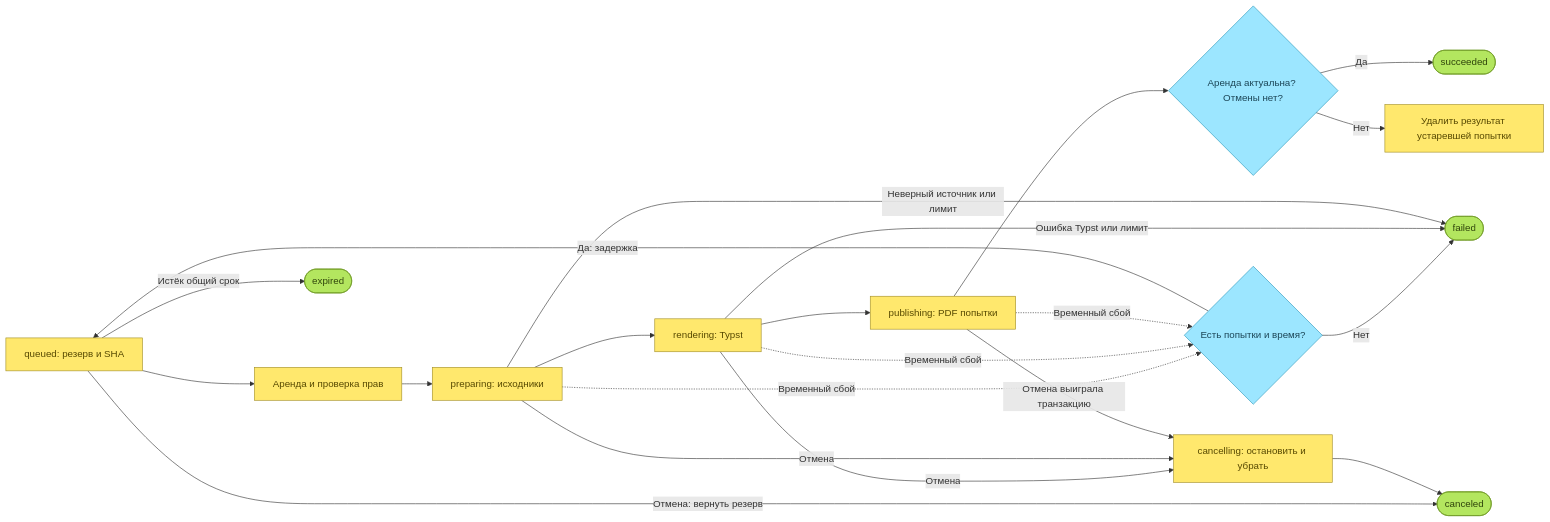
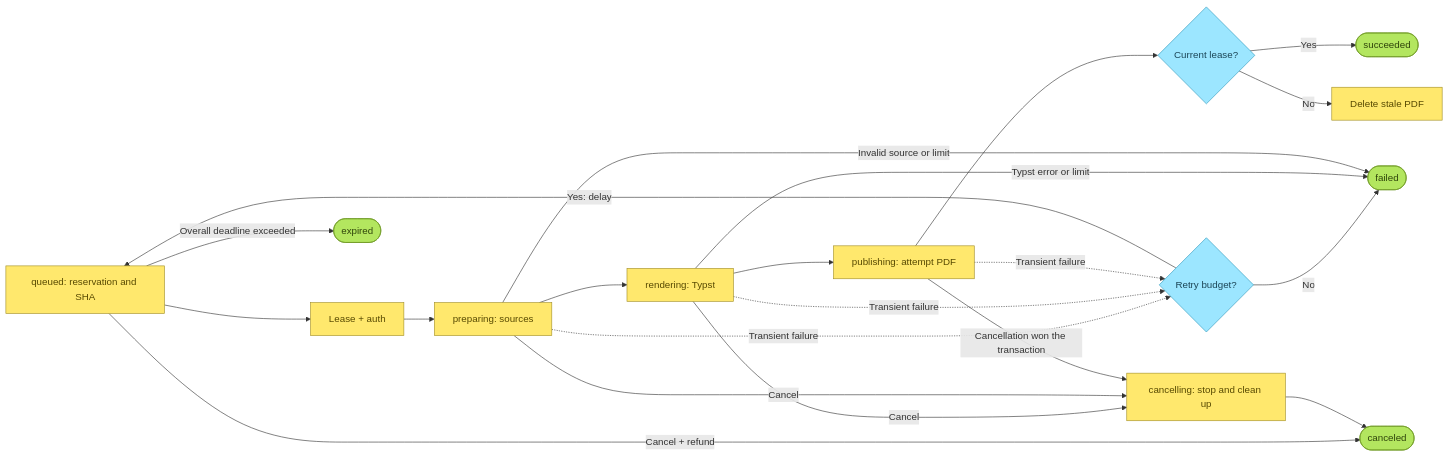
One commit to Feruum/Leafrun changed the diagram in docs/architecture/diagrams/v1/11-job-lifecycle.mmd. Above: the diagram before and after it, drawn with Mermaid. The commit also changed 38 other files, not shown here.

```diff
--- a/docs/architecture/diagrams/v1/11-job-lifecycle.mmd
+++ b/docs/architecture/diagrams/v1/11-job-lifecycle.mmd
@@ -1,27 +1,27 @@
 flowchart LR
-    Queued[queued: резерв и SHA] --> Lease[Аренда и проверка прав]
-    Lease --> Preparing[preparing: исходники]
+    Queued[queued: reservation and SHA] --> Lease[Lease + auth]
+    Lease --> Preparing[preparing: sources]
     Preparing --> Rendering[rendering: Typst]
-    Rendering --> Publishing[publishing: PDF попытки]
-    Publishing --> Fence{Аренда актуальна? Отмены нет?}
-    Fence -->|Да| Success([succeeded])
-    Fence -->|Нет| Orphan[Удалить результат устаревшей попытки]
-    Preparing -. Временный сбой .-> Retry{Есть попытки и время?}
-    Rendering -. Временный сбой .-> Retry
-    Publishing -. Временный сбой .-> Retry
-    Retry -->|Да: задержка| Queued
-    Retry -->|Нет| Failed([failed])
-    Rendering -->|Ошибка Typst или лимит| Failed
-    Preparing -->|Неверный источник или лимит| Failed
-    Queued -->|Истёк общий срок| Expired([expired])
-    Queued -->|Отмена: вернуть резерв| Cancelled([canceled])
-    Rendering -->|Отмена| Cancelling[cancelling: остановить и убрать]
-    Preparing -->|Отмена| Cancelling
-    Publishing -->|Отмена выиграла транзакцию| Cancelling
+    Rendering --> Publishing[publishing: attempt PDF]
+    Publishing --> Fence{Current lease?}
+    Fence -->|Yes| Success([succeeded])
+    Fence -->|No| Orphan[Delete stale PDF]
+    Preparing -. Transient failure .-> Retry{Retry budget?}
+    Rendering -. Transient failure .-> Retry
+    Publishing -. Transient failure .-> Retry
+    Retry -->|Yes: delay| Queued
+    Retry -->|No| Failed([failed])
+    Rendering -->|Typst error or limit| Failed
+    Preparing -->|Invalid source or limit| Failed
+    Queued -->|Overall deadline exceeded| Expired([expired])
+    Queued -->|Cancel + refund| Cancelled([canceled])
+    Rendering -->|Cancel| Cancelling[cancelling: stop and clean up]
+    Preparing -->|Cancel| Cancelling
+    Publishing -->|Cancellation won the transaction| Cancelling
     Cancelling --> Cancelled
     classDef component fill:#FFE86D,stroke:#A28E26,color:#574900
     classDef decision fill:#9CE6FF,stroke:#2C97BB,color:#1C4657
     classDef terminal fill:#B3E65F,stroke:#6E9A24,color:#2F440B
     class Queued,Lease,Preparing,Rendering,Publishing,Orphan,Cancelling component
     class Fence,Retry decision
     class Success,Failed,Expired,Cancelled terminal
```
